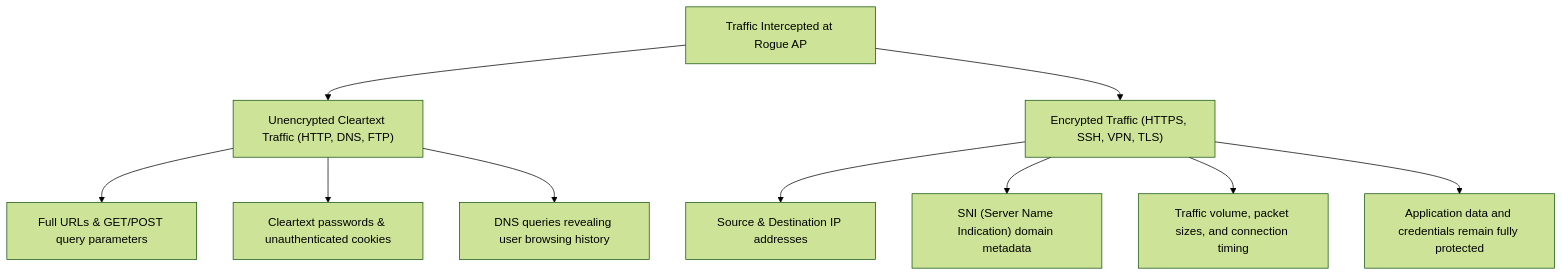
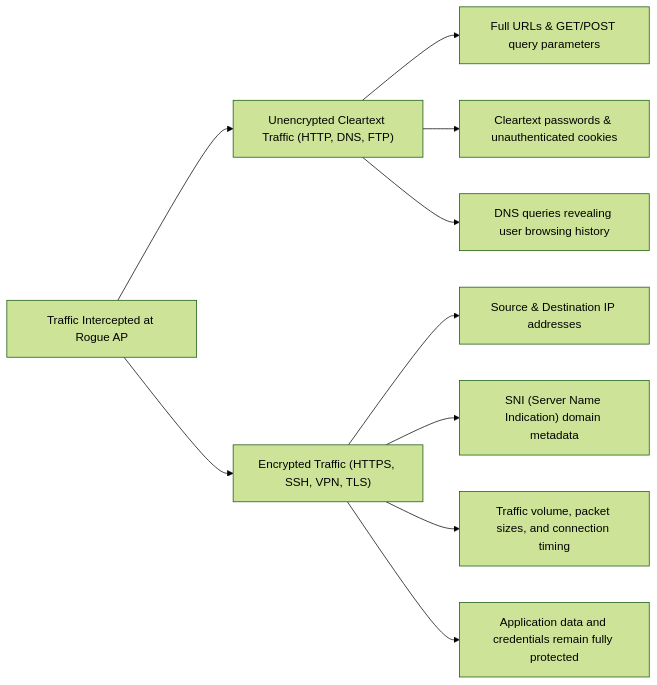
Before and after one commit to ankur3-101106/portfolio: diagram 16 of 18 in docs/Sem-5/Theory/MFW/O-syl/u4.mdx, drawn with Mermaid (forest theme). The commit also changed other lines of this file and 3 other files, not shown here.

Commit message:
docs(mfw): refine diagram orientations and standardize admonitions in old syllabus notes

````diff
--- a/docs/Sem-5/Theory/MFW/O-syl/u4.mdx
+++ b/docs/Sem-5/Theory/MFW/O-syl/u4.mdx
@@ -354,15 +354,15 @@
 ```mermaid
-flowchart TD
+flowchart LR
   Intercept["Traffic Intercepted at Rogue AP"]
   Intercept --> Unenc["Unencrypted Cleartext Traffic (HTTP, DNS, FTP)"]
   Intercept --> Enc["Encrypted Traffic (HTTPS, SSH, VPN, TLS)"]
 
   Unenc --> V1["Full URLs & GET/POST query parameters"]
   Unenc --> V2["Cleartext passwords & unauthenticated cookies"]
   Unenc --> V3["DNS queries revealing user browsing history"]
 
   Enc --> P1["Source & Destination IP addresses"]
   Enc --> P2["SNI (Server Name Indication) domain metadata"]
   Enc --> P3["Traffic volume, packet sizes, and connection timing"]
   Enc --> Protected["Application data and credentials remain fully protected"]
 ```
````
